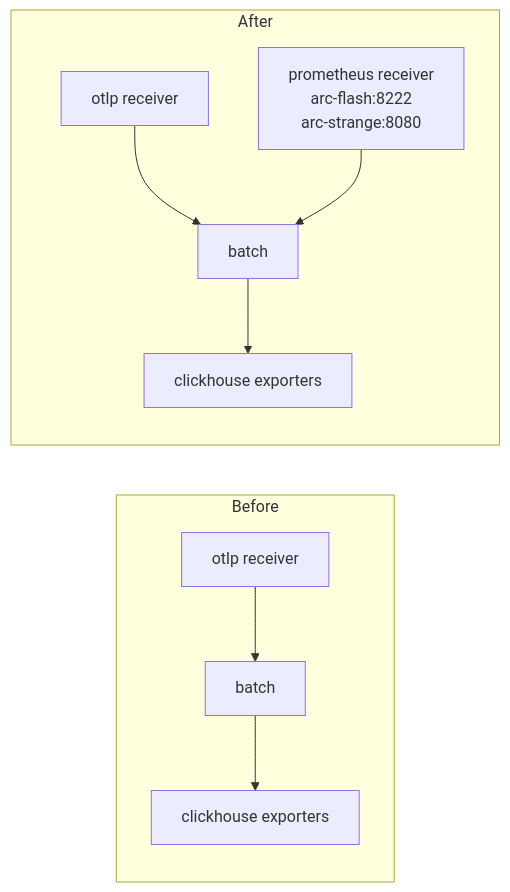
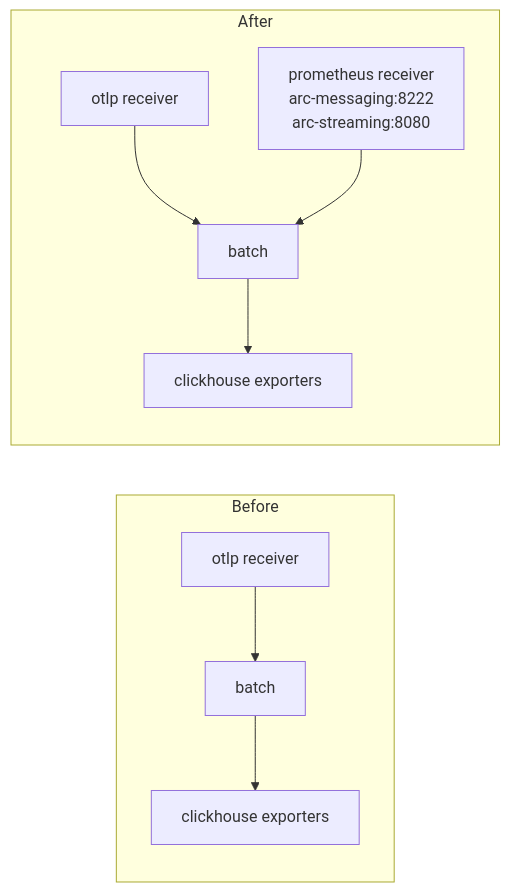
Before and after one commit to arc-framework/arc-platform: the second of 4 diagrams in specs/003-messaging-setup/plan.md, drawn with Mermaid. The commit also changed other lines of this file and 34 other files, not shown here.

````diff
--- a/specs/003-messaging-setup/plan.md
+++ b/specs/003-messaging-setup/plan.md
@@ -66,10 +66,10 @@
 ```mermaid
 flowchart LR
     subgraph Before
         B_otlp[otlp receiver] --> B_batch[batch] --> B_exp[clickhouse exporters]
     end
     subgraph After
         A_otlp[otlp receiver] --> A_batch[batch] --> A_exp[clickhouse exporters]
-        A_prom[prometheus receiver\narc-flash:8222\narc-strange:8080] --> A_batch
+        A_prom[prometheus receiver\narc-messaging:8222\narc-streaming:8080] --> A_batch
     end
 ```
````
